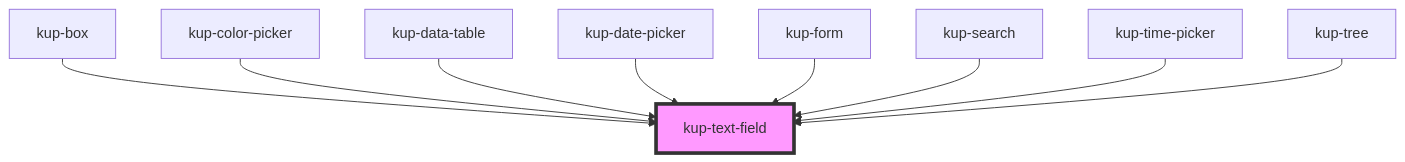
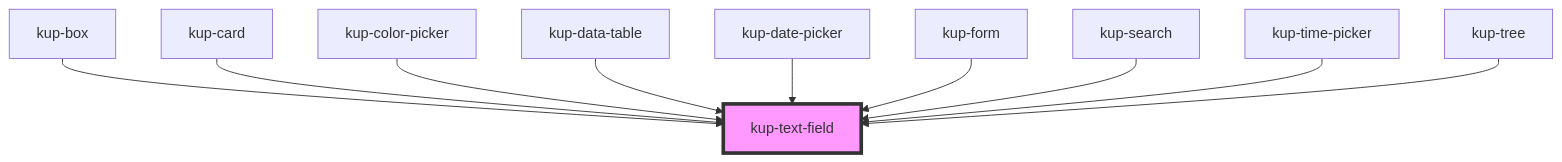
The diagram in packages/ketchup/src/components/kup-text-field/readme.md (smeup/ketchup), drawn with Mermaid before and after one commit. The commit also changed other lines of this file and 11 other files, not shown here.

````diff
--- a/packages/ketchup/src/components/kup-text-field/readme.md
+++ b/packages/ketchup/src/components/kup-text-field/readme.md
@@ -103,12 +104,13 @@
 ```mermaid
 graph TD;
   kup-box --> kup-text-field
+  kup-card --> kup-text-field
   kup-color-picker --> kup-text-field
   kup-data-table --> kup-text-field
   kup-date-picker --> kup-text-field
   kup-form --> kup-text-field
   kup-search --> kup-text-field
   kup-time-picker --> kup-text-field
   kup-tree --> kup-text-field
   style kup-text-field fill:#f9f,stroke:#333,stroke-width:4px
 ```
````
